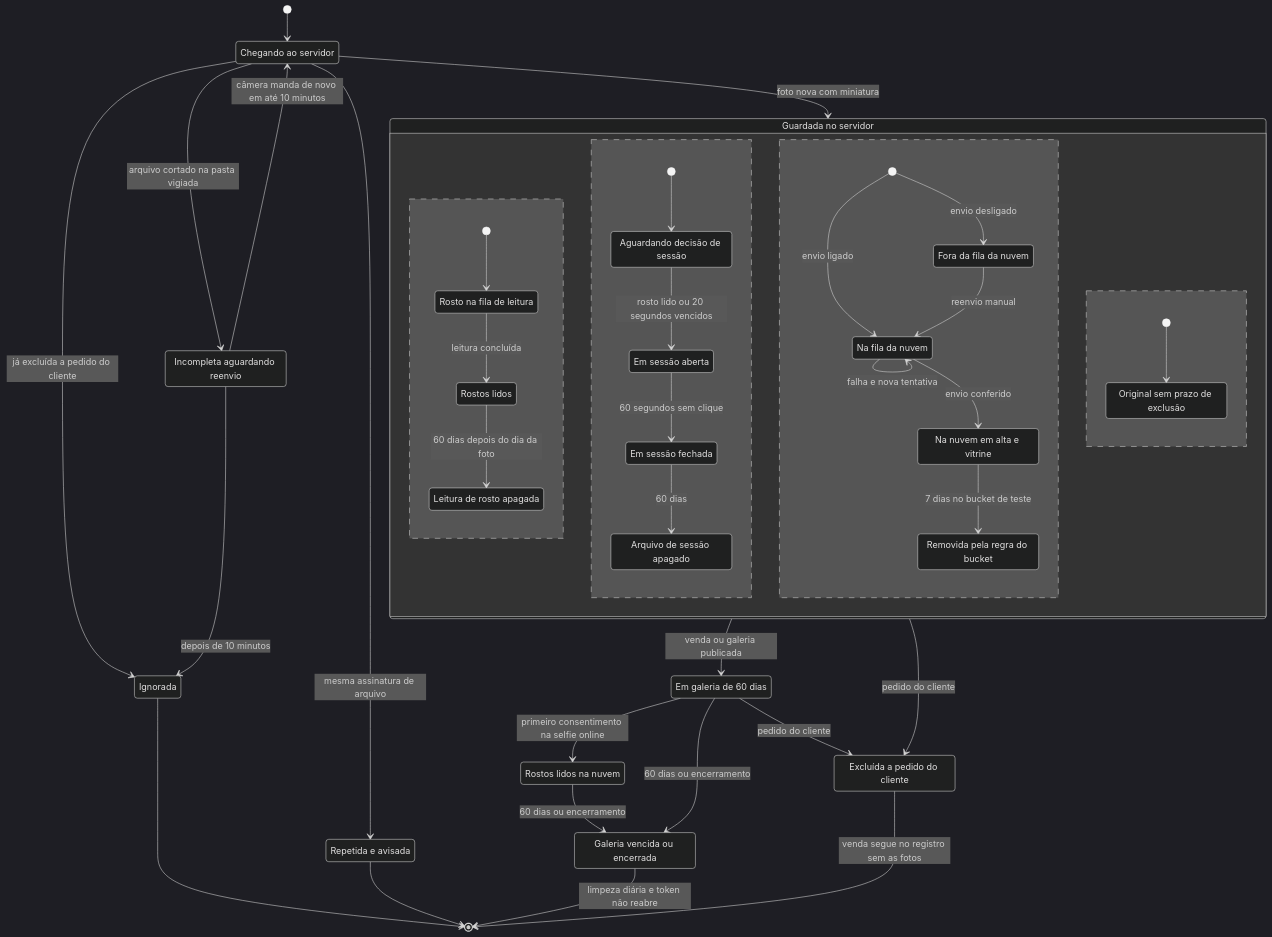
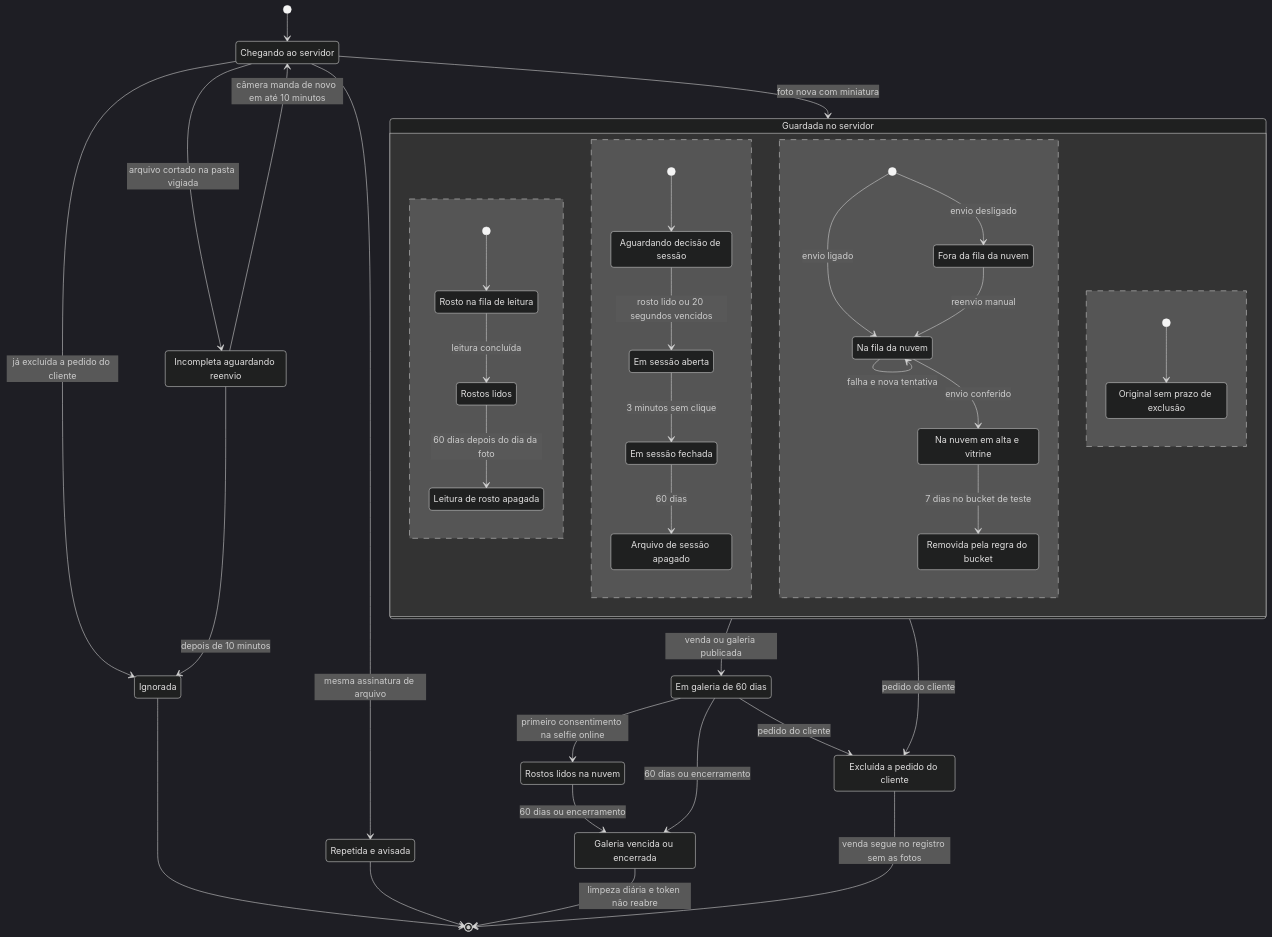
One commit to dudurezende10/eterna changed diagram 20 of 20 in docs/FLUXOS.md. Above: the diagram before and after it, drawn with Mermaid (dark theme). The commit also changed other lines of this file and 9 other files, not shown here.

First line of the commit message:
Sessão fecha com 3 minutos sem clique (era 1 minuto)

````diff
--- a/docs/FLUXOS.md
+++ b/docs/FLUXOS.md
@@ -1834,64 +1834,64 @@
 ```mermaid
 stateDiagram-v2
   state "Chegando ao servidor" as Chegando
   state "Incompleta aguardando reenvio" as Incompleta
   state "Ignorada" as Ignorada
   state "Repetida e avisada" as Repetida
   state "Guardada no servidor" as Guardada
   state "Rosto na fila de leitura" as FilaRosto
   state "Rostos lidos" as RostoLido
   state "Leitura de rosto apagada" as RostoApagado
   state "Aguardando decisão de sessão" as PendSessao
   state "Em sessão aberta" as SessaoAberta
   state "Em sessão fechada" as SessaoFechada
   state "Arquivo de sessão apagado" as SessaoApagada
   state "Na fila da nuvem" as FilaNuvem
   state "Na nuvem em alta e vitrine" as NaNuvem
   state "Fora da fila da nuvem" as ForaFila
   state "Removida pela regra do bucket" as RemovidaBucket
   state "Em galeria de 60 dias" as EmGaleria
   state "Rostos lidos na nuvem" as RostoNuvem
   state "Galeria vencida ou encerrada" as GaleriaFim
   state "Original sem prazo de exclusão" as OriginalFica
   state "Excluída a pedido do cliente" as ExcluidaLgpd
 
   [*] --> Chegando
   Chegando --> Ignorada: já excluída a pedido do cliente
   Chegando --> Incompleta: arquivo cortado na pasta vigiada
   Incompleta --> Chegando: câmera manda de novo em até 10 minutos
   Incompleta --> Ignorada: depois de 10 minutos
   Chegando --> Repetida: mesma assinatura de arquivo
   Chegando --> Guardada: foto nova com miniatura
   Ignorada --> [*]
   Repetida --> [*]
 
   state Guardada {
     [*] --> FilaRosto
     FilaRosto --> RostoLido: leitura concluída
     RostoLido --> RostoApagado: 60 dias depois do dia da foto
     --
     [*] --> PendSessao
     PendSessao --> SessaoAberta: rosto lido ou 20 segundos vencidos
-    SessaoAberta --> SessaoFechada: 60 segundos sem clique
+    SessaoAberta --> SessaoFechada: 3 minutos sem clique
     SessaoFechada --> SessaoApagada: 60 dias
     --
     [*] --> FilaNuvem: envio ligado
     [*] --> ForaFila: envio desligado
     ForaFila --> FilaNuvem: reenvio manual
     FilaNuvem --> FilaNuvem: falha e nova tentativa
     FilaNuvem --> NaNuvem: envio conferido
     NaNuvem --> RemovidaBucket: 7 dias no bucket de teste
     --
     [*] --> OriginalFica
   }
 
   Guardada --> EmGaleria: venda ou galeria publicada
   EmGaleria --> RostoNuvem: primeiro consentimento na selfie online
   RostoNuvem --> GaleriaFim: 60 dias ou encerramento
   EmGaleria --> GaleriaFim: 60 dias ou encerramento
   GaleriaFim --> [*]: limpeza diária e token não reabre
 
   Guardada --> ExcluidaLgpd: pedido do cliente
   EmGaleria --> ExcluidaLgpd: pedido do cliente
   ExcluidaLgpd --> [*]: venda segue no registro sem as fotos
 ```
````
